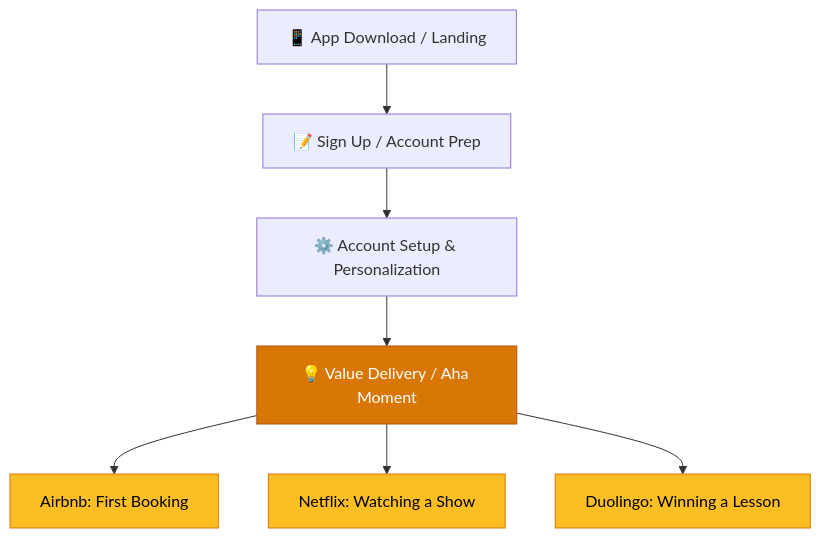
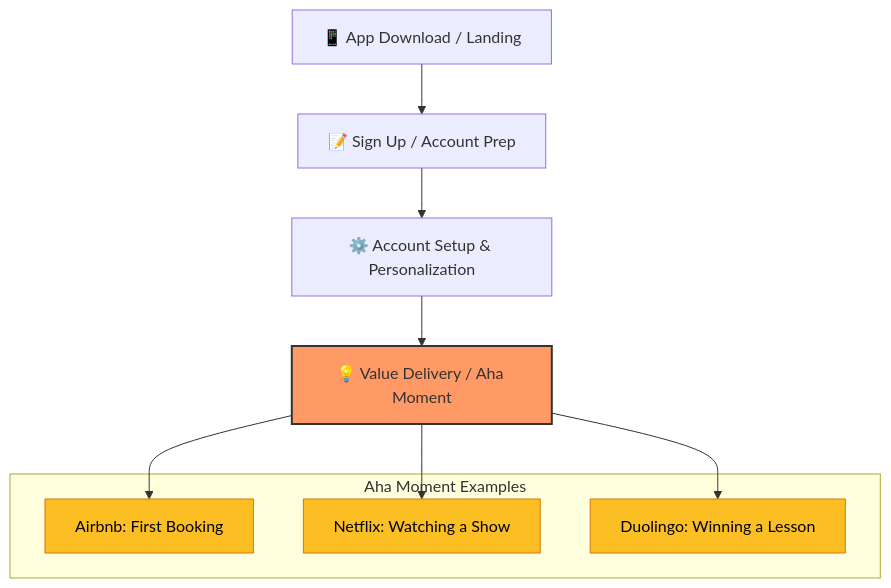
One commit to DimKouts84/product_management_development_wiki changed the diagram in wiki/05-design/onboarding-patterns.md. Above: the diagram before and after it, drawn with Mermaid. The commit also changed other lines of this file and 3 other files, not shown here.

````diff
--- a/wiki/05-design/onboarding-patterns.md
+++ b/wiki/05-design/onboarding-patterns.md
@@ -21,15 +22,21 @@
 ```mermaid
 graph TD
     A["📱 App Download / Landing"] --> B["📝 Sign Up / Account Prep"]
     B --> C["⚙️ Account Setup & Personalization"]
     C --> D["💡 Value Delivery / Aha Moment"]
-
-    D --> D1["Airbnb: First Booking"]
-    D --> D2["Netflix: Watching a Show"]
-    D --> D3["Duolingo: Winning a Lesson"]
-
-    style D fill:#d97706,stroke:#b45309,color:#fff
+    
+    subgraph "Aha Moment Examples"
+    D1["Airbnb: First Booking"]
+    D2["Netflix: Watching a Show"]
+    D3["Duolingo: Winning a Lesson"]
+    end
+    
+    D --> D1
+    D --> D2
+    D --> D3
+    
+    style D fill:#f96,stroke:#333,stroke-width:2px
     style D1 fill:#fbbf24,stroke:#d97706,color:#000
     style D2 fill:#fbbf24,stroke:#d97706,color:#000
     style D3 fill:#fbbf24,stroke:#d97706,color:#000
 ```
````
